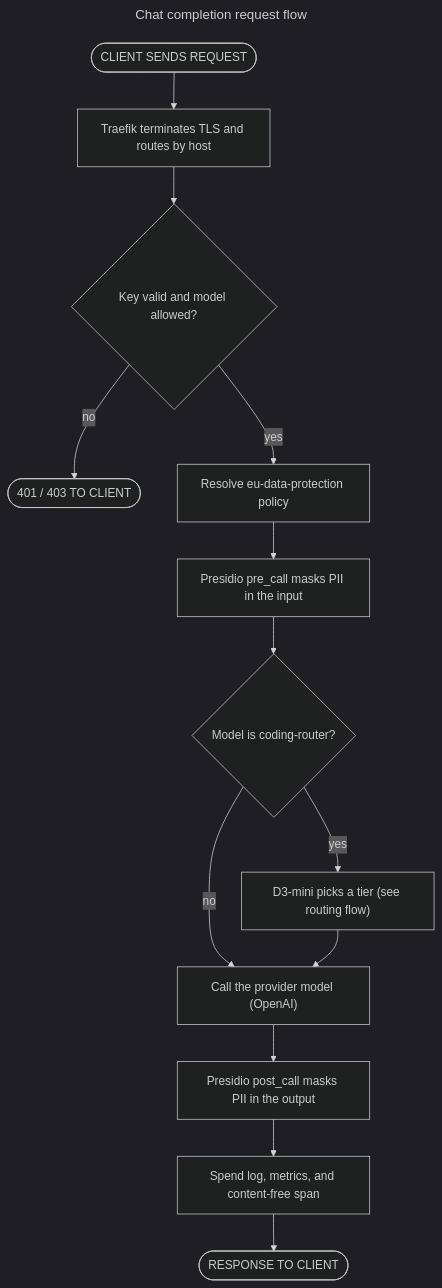
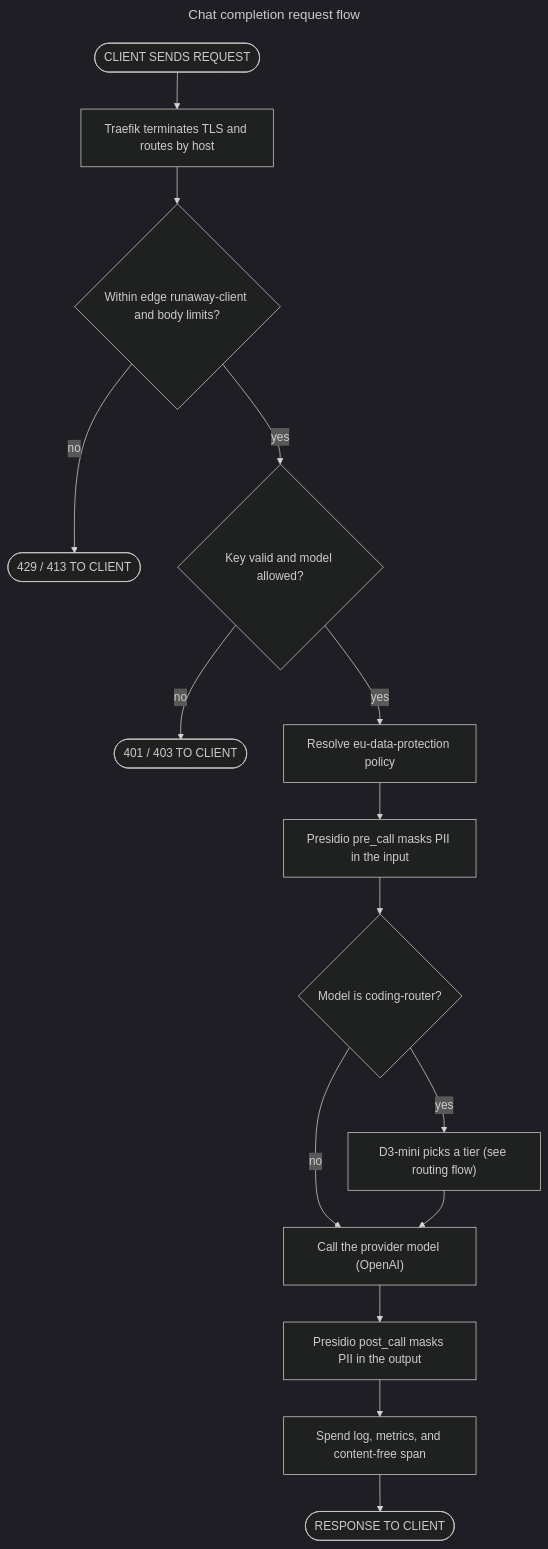
The diagram in diagrams/10-chat-request-flow.mmd (bella-1337/effective-spoon), drawn with Mermaid (dark theme) before and after one commit. The commit also changed 28 other files, not shown here.

```diff
--- a/diagrams/10-chat-request-flow.mmd
+++ b/diagrams/10-chat-request-flow.mmd
@@ -1,33 +1,37 @@
 ---
 title: Chat completion request flow
 ---
 flowchart TD
   %% Source for 10-chat-request-flow.html. Edit this file, then run ./scripts/render-diagrams.py.
   %% Directives: docs in diagrams/README.md (Updating diagrams).
-  %% @subtitle From the client's HTTPS call to the response, through authentication, policy, PII masking, routing, and telemetry
+  %% @subtitle From the client's HTTPS call to the response, through edge limits, authentication, policy, PII masking, routing, and telemetry
 
   S(["CLIENT SENDS REQUEST"])
   TLS["Traefik terminates TLS and routes by host"]
+  LIM{"Within edge runaway-client and body limits?"}
+  REJ(["429 / 413 TO CLIENT"])
   AUTH{"Key valid and model allowed?"}
   DENY(["401 / 403 TO CLIENT"])
   POL["Resolve eu-data-protection policy"]
   PRE["Presidio pre_call masks PII in the input"]
   RT{"Model is coding-router?"}
   D3["D3-mini picks a tier (see routing flow)"]
   PROV["Call the provider model (OpenAI)"]
   POST["Presidio post_call masks PII in the output"]
   TEL["Spend log, metrics, and content-free span"]
   E(["RESPONSE TO CLIENT"])
 
   S --> TLS
-  TLS --> AUTH
+  TLS --> LIM
+  LIM -->|"no"| REJ
+  LIM -->|"yes"| AUTH
   AUTH -->|"no"| DENY
   AUTH -->|"yes"| POL
   POL --> PRE
   PRE --> RT
   RT -->|"yes"| D3
   RT -->|"no"| PROV
   D3 --> PROV
   PROV --> POST
   POST --> TEL
   TEL --> E
```
